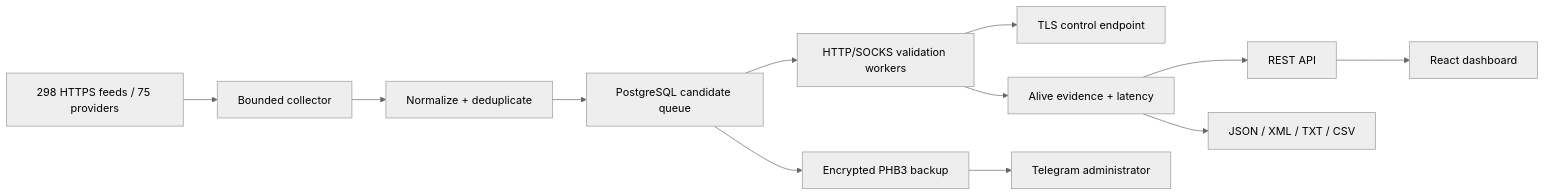
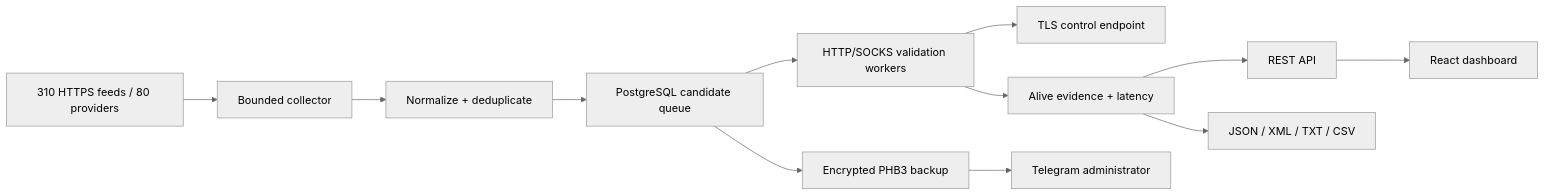
The diagram in README.md (Xsenus/ProxyHarbor), drawn with Mermaid (neutral theme) before and after one commit. The commit also changed other lines of this file and 2 other files, not shown here.

````diff
--- a/README.md
+++ b/README.md
@@ -47,14 +47,14 @@
 ```mermaid
 flowchart LR
-    A["298 HTTPS feeds / 75 providers"] --> B["Bounded collector"]
+    A["310 HTTPS feeds / 80 providers"] --> B["Bounded collector"]
     B --> C["Normalize + deduplicate"]
     C --> D["PostgreSQL candidate queue"]
     D --> E["HTTP/SOCKS validation workers"]
     E --> F["TLS control endpoint"]
     E --> G["Alive evidence + latency"]
     G --> H["REST API"]
     G --> I["JSON / XML / TXT / CSV"]
     H --> J["React dashboard"]
     D --> K["Encrypted PHB3 backup"]
     K --> L["Telegram administrator"]
 ```
````
